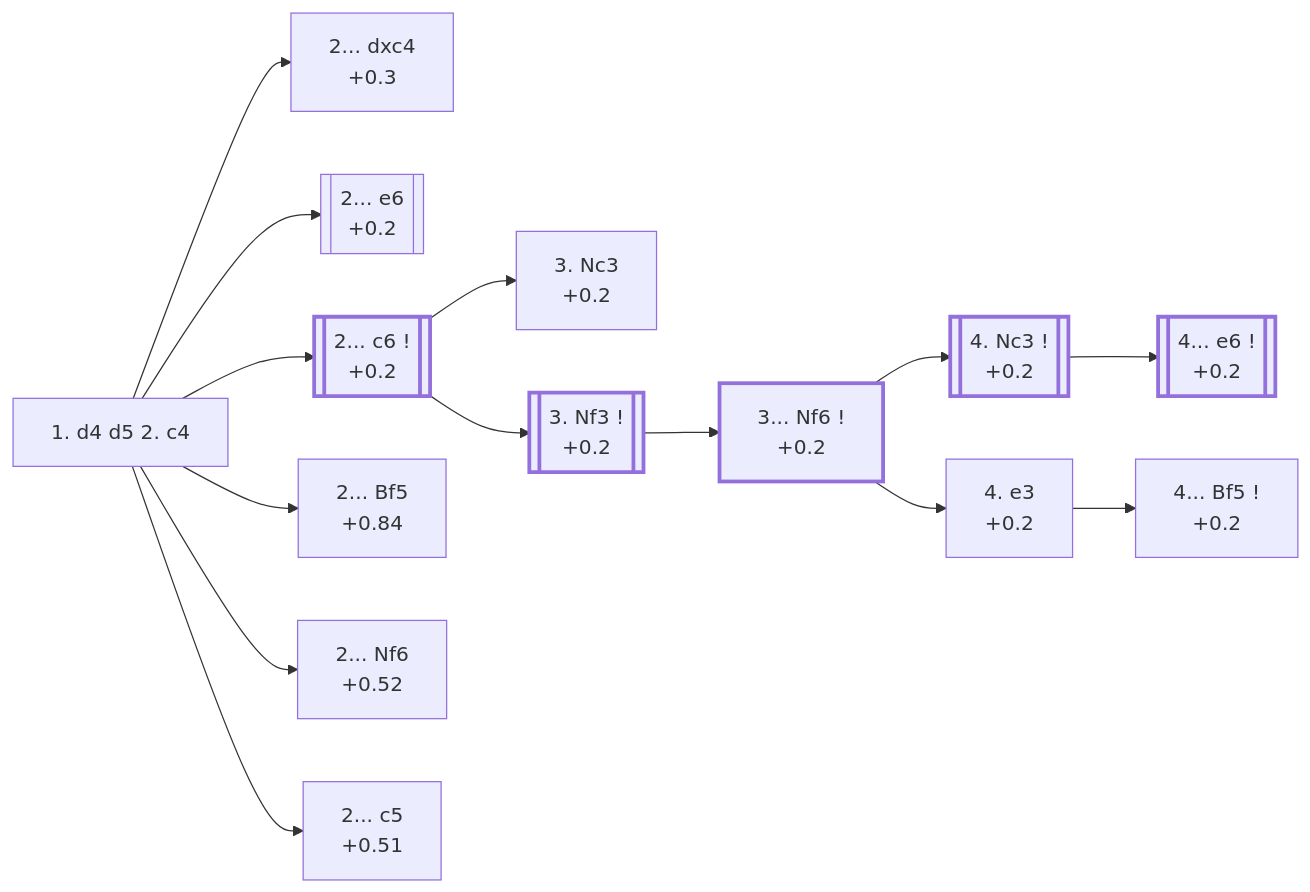
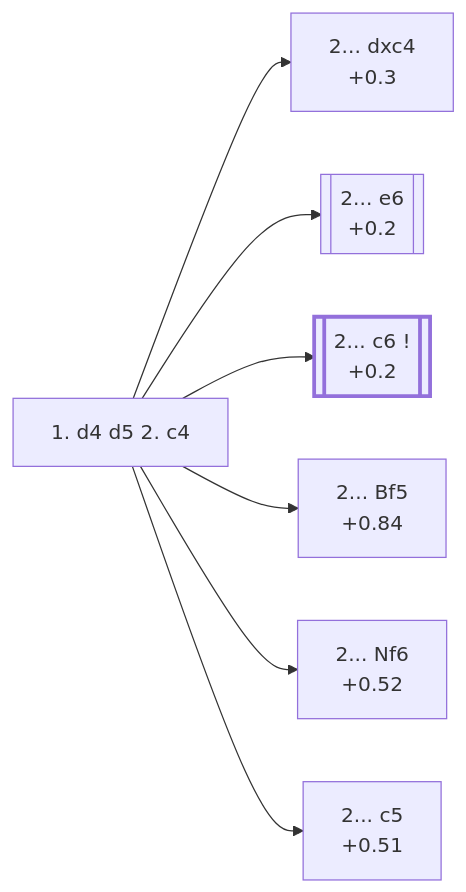
Before and after one commit to onclemarcel/chess_flashcards: the diagram in d4_openings/D06_Queens_Gambit.md, drawn with Mermaid. The commit also changed other lines of this file and 13 other files, not shown here.

````diff
--- a/d4_openings/D06_Queens_Gambit.md
+++ b/d4_openings/D06_Queens_Gambit.md
@@ -12,38 +12,20 @@
 ```mermaid
 flowchart LR
     classDef main stroke-width:3px;
 
     c4["1. d4 d5 2. c4"]
     click c4 "#_c4_" "D06 · Queen's Gambit"
 
     c4 --> dxc4a["2... dxc4<br/>+0.3"]
     click dxc4a "#_dxc4_" "D20 · Queen's Gambit Accepted"
     c4 --> e6a[["2... e6<br/>+0.2"]]
     click e6a "#_e6_" "D30 · Queen's Gambit Declined"
     c4 --> c6a[["2... c6 !<br/>+0.2"]]:::main
-    click c6a "#_c6_" "D10 · Slav Defense"
+    click c6a "https://github.com/onclemarcel/chess_flashcards/blob/main/d4_openings/D10_Slav_Defense.md" "D10 · Slav Defense"
     c4 --> Bf5d["2... Bf5<br/>+0.84"]
     click Bf5d "#_Bf5_" "D06 · Queen's Gambit Declined: Baltic Defense"
     c4 --> Nf6d["2... Nf6<br/>+0.52"]
     click Nf6d "#_Nf6d_" "D06 · Queen's Gambit Declined: Marshall Defense"
     c4 --> c5d["2... c5<br/>+0.51"]
     click c5d "#_c5d_" "D06 · Queen's Gambit Declined: Austrian Defense"
-
-    c6a --> Nc3b["3. Nc3<br/>+0.2"]
-    click Nc3b "#_c6_Nc3_" "D10 · Slav Defense"
-    c6a --> Nf3b[["3. Nf3 !<br/>+0.2"]]:::main
-    click Nf3b "#_c6_Nf3_" "D11 · Slav Defense: Modern Line"
-
-    Nf3b --> Nf6c["3... Nf6 !<br/>+0.2"]:::main
-    click Nf6c "#_c6_Nf3_Nf6_" "D11 · Slav Defense: Modern Line"
-
-    Nf6c --> Nc3c[["4. Nc3 !<br/>+0.2"]]:::main
-    click Nc3c "#_c6_Nf3_Nc3_" "D15 · Slav Defense: Three Knights Variation"
-    Nf6c --> e3c["4. e3<br/>+0.2"]
-    click e3c "#_c6_Nf3_e3_" "D11 · Slav Defense: Quiet Variation"
-
-    Nc3c --> e6c[["4... e6 !<br/>+0.2"]]:::main
-    click e6c "#_c6_Nf3_Nc3_" "D15 · Slav Defense: Three Knights Variation"
-    e3c --> Bf5c["4... Bf5 !<br/>+0.2"]
-    click Bf5c "#_c6_Nf3_e3_" "D11 · Slav Defense: Quiet Variation"
 ```
````
